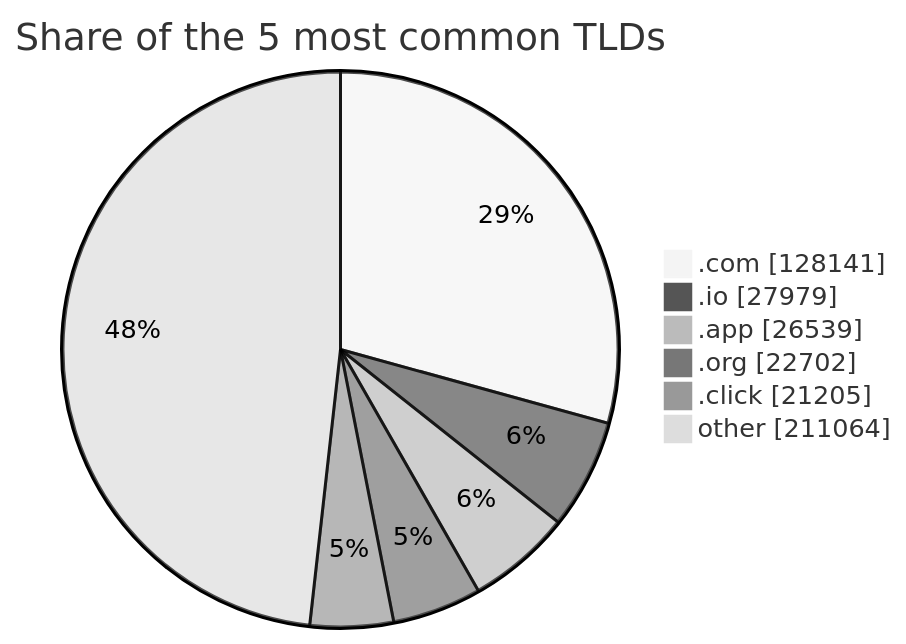
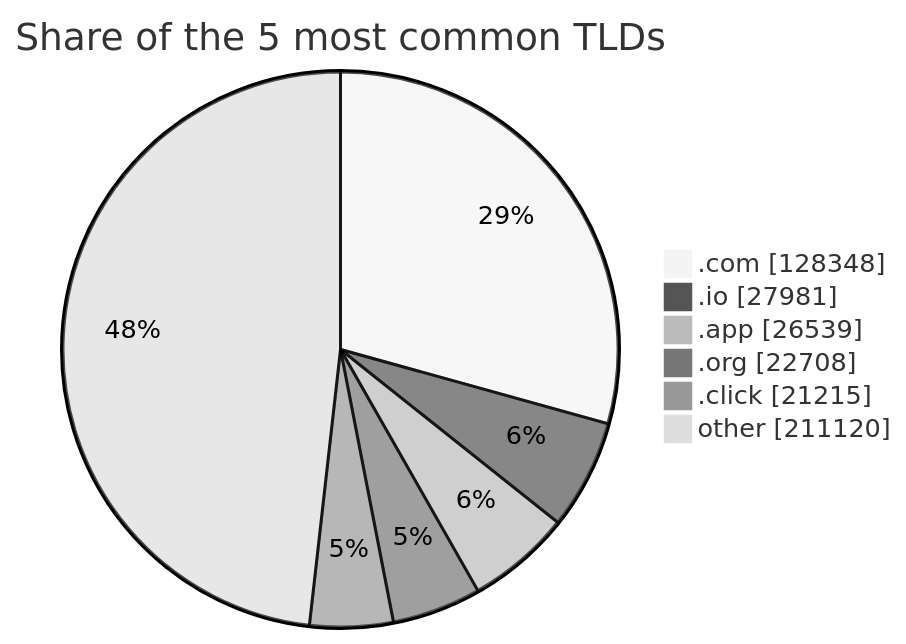
Before and after one commit to DNSBunker/CTI: the third of 3 diagrams in README.md, drawn with Mermaid (neutral theme). The commit also changed other lines of this file and 3 other files, not shown here.

````diff
--- a/README.md
+++ b/README.md
@@ -81,9 +81,9 @@
 ```mermaid
 pie showData title Share of the 5 most common TLDs
-    ".com" : 128141
-    ".io" : 27979
+    ".com" : 128348
+    ".io" : 27981
     ".app" : 26539
-    ".org" : 22702
-    ".click" : 21205
-    "other" : 211064
+    ".org" : 22708
+    ".click" : 21215
+    "other" : 211120
 ```
````
